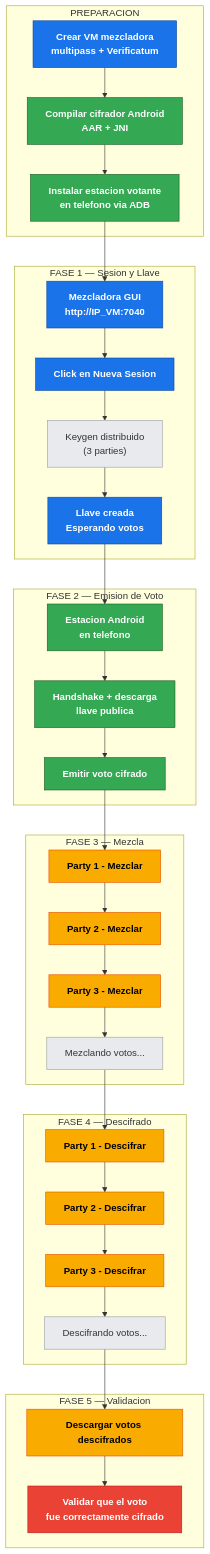
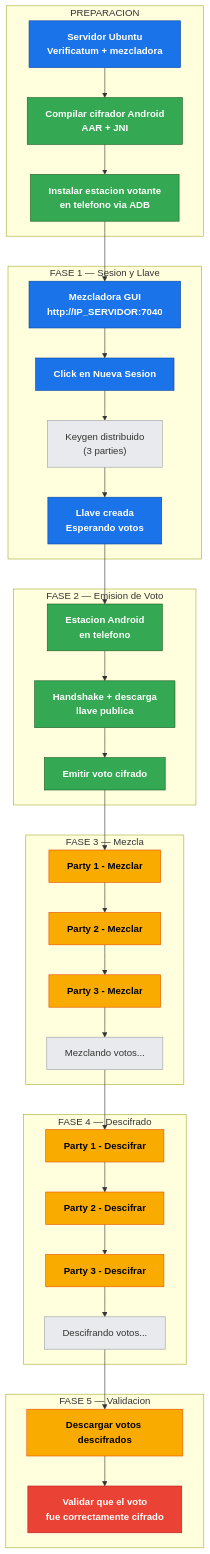
The fourth of 4 diagrams in README.md (rmartinezch/ElGamalClient), drawn with Mermaid before and after one commit. The commit also changed other lines of this file, not shown here.

First line of the commit message:
fix(readme): eliminar referencias a multipass/VM del entorno de pruebas

````diff
--- a/README.md
+++ b/README.md
@@ -1405,58 +1407,58 @@
 ```mermaid
 flowchart TD
     classDef mezcladora fill:#1a73e8,stroke:#0d47a1,color:#fff,font-weight:bold
     classDef estacion fill:#34a853,stroke:#1b5e20,color:#fff,font-weight:bold
     classDef party fill:#f9ab00,stroke:#e65100,color:#000,font-weight:bold
     classDef espera fill:#e8eaed,stroke:#9aa0a6,color:#333
     classDef resultado fill:#ea4335,stroke:#b71c1c,color:#fff,font-weight:bold
 
     subgraph PREP["PREPARACION"]
-        VM["Crear VM mezcladora<br/>multipass + Verificatum"]:::mezcladora
+        SRV["Servidor Ubuntu<br/>Verificatum + mezcladora"]:::mezcladora
         BUILD["Compilar cifrador Android<br/>AAR + JNI"]:::estacion
         INSTALL["Instalar estacion votante<br/>en telefono via ADB"]:::estacion
-        VM --> BUILD --> INSTALL
+        SRV --> BUILD --> INSTALL
     end
 
     subgraph FASE1["FASE 1 — Sesion y Llave"]
-        M1["Mezcladora GUI<br/>http://IP_VM:7040"]:::mezcladora
+        M1["Mezcladora GUI<br/>http://IP_SERVIDOR:7040"]:::mezcladora
         M2["Click en Nueva Sesion"]:::mezcladora
         M3["Keygen distribuido<br/>(3 parties)"]:::espera
         M4["Llave creada<br/>Esperando votos"]:::mezcladora
         M1 --> M2 --> M3 --> M4
     end
 
     subgraph FASE2["FASE 2 — Emision de Voto"]
         E1["Estacion Android<br/>en telefono"]:::estacion
         E2["Handshake + descarga<br/>llave publica"]:::estacion
         E3["Emitir voto cifrado"]:::estacion
         E1 --> E2 --> E3
     end
 
     subgraph FASE3["FASE 3 — Mezcla"]
         P1M["Party 1 - Mezclar"]:::party
         P2M["Party 2 - Mezclar"]:::party
         P3M["Party 3 - Mezclar"]:::party
         MW["Mezclando votos..."]:::espera
         P1M --> P2M --> P3M --> MW
     end
 
     subgraph FASE4["FASE 4 — Descifrado"]
         P1D["Party 1 - Descifrar"]:::party
         P2D["Party 2 - Descifrar"]:::party
         P3D["Party 3 - Descifrar"]:::party
         DW["Descifrando votos..."]:::espera
         P1D --> P2D --> P3D --> DW
     end
 
     subgraph FASE5["FASE 5 — Validacion"]
         DL["Descargar votos descifrados"]:::party
         VL["Validar que el voto<br/>fue correctamente cifrado"]:::resultado
         DL --> VL
     end
 
     INSTALL --> M1
     M4 --> E1
     E3 --> P1M
     MW --> P1D
     DW --> DL
 ```
````
